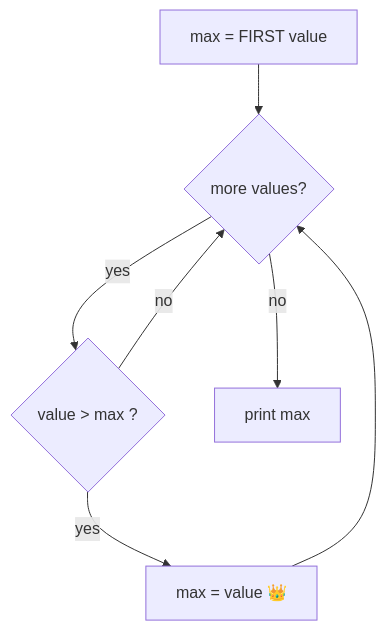
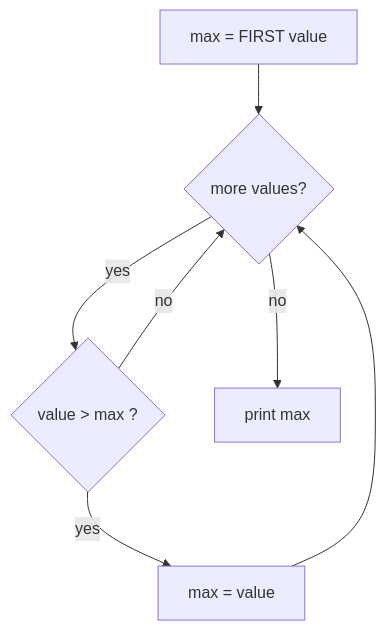
Before and after one commit to lfarci/csharp-programming-fundamentals: the diagram in cookbook/04-min-max.md, drawn with Mermaid. The commit also changed other lines of this file and 242 other files, not shown here.

````diff
--- a/cookbook/04-min-max.md
+++ b/cookbook/04-min-max.md
@@ -66,11 +66,11 @@
 ```mermaid
 flowchart TD
     accTitle: Min max tracker
     accDescr: Set max to the first value. For each other value, if it is bigger than max, max becomes that value. At the end, max is the biggest.
     A["max = FIRST value"] --> B{"more values?"}
     B -- yes --> C{"value #gt; max ?"}
-    C -- yes --> D["max = value 👑"]
+    C -- yes --> D["max = value "]
     C -- no --> B
     D --> B
     B -- no --> E["print max"]
 ```
````
